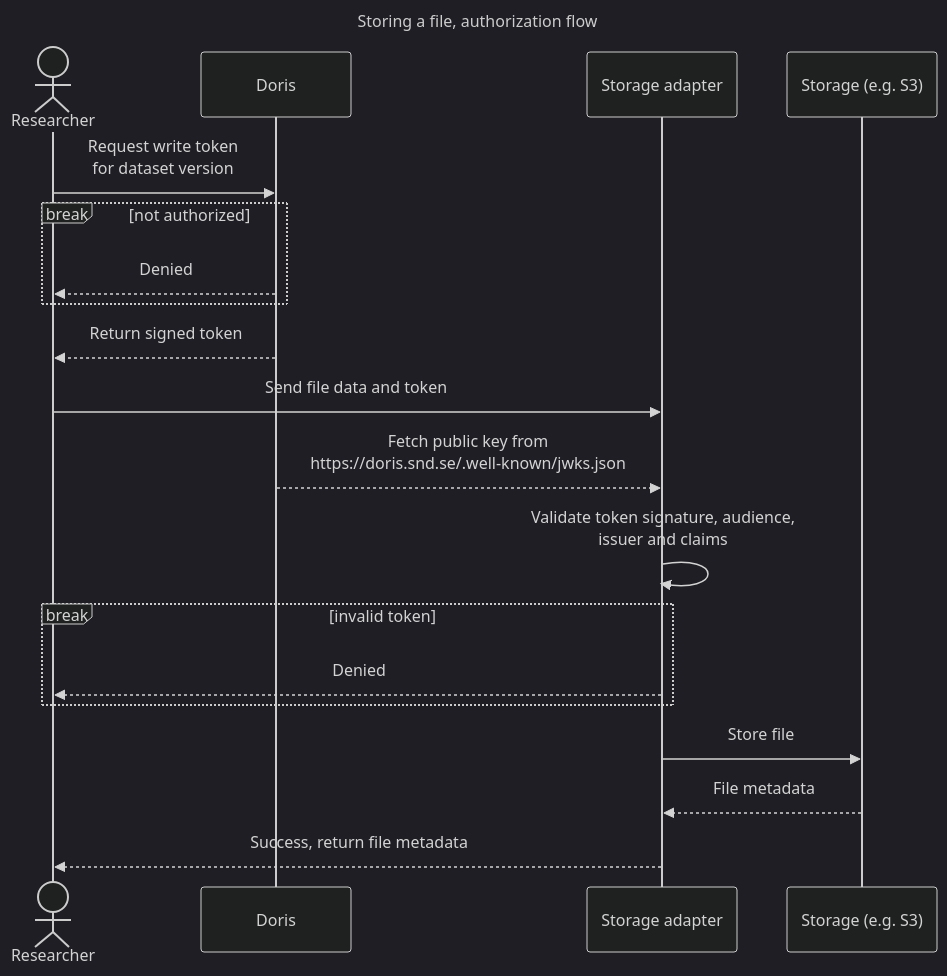
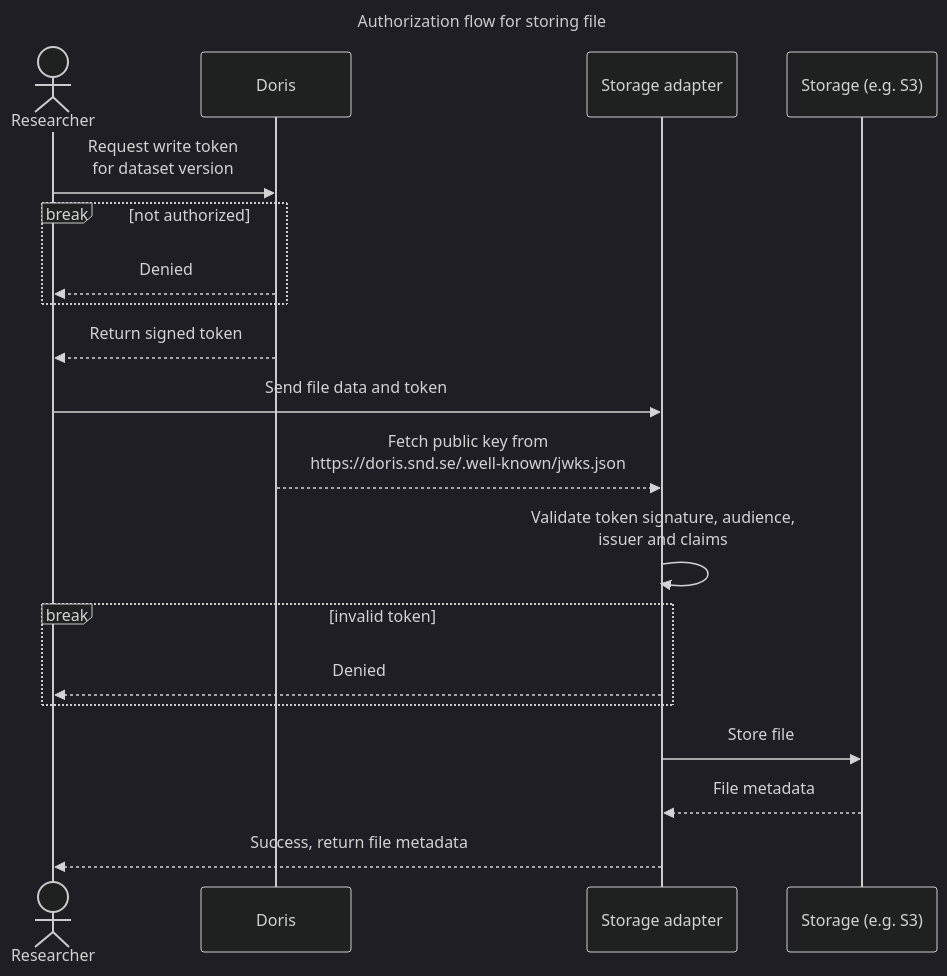
The third of 5 diagrams in README.md (stefanjakobsson/doris-storage-adapter-test), drawn with Mermaid (dark theme) before and after one commit. The commit also changed other lines of this file, not shown here.

Commit message:
Add high level diagrams to readme

````diff
--- a/README.md
+++ b/README.md
@@ -7,24 +45,24 @@
 ```mermaid
 ---
-title: Storing a file, authorization flow
+title: Authorization flow for storing file
 ---
 sequenceDiagram
     actor R as Researcher
     participant D as Doris
     participant SA as Storage adapter
     participant S as Storage (e.g. S3)
     R->>D: Request write token<br/>for dataset version
     break not authorized
         D-->>R: Denied
     end
     D-->>R: Return signed token
     R->>SA: Send file data and token
     D-->>SA: Fetch public key from<br/>https://doris.snd.se/.well-known/jwks.json
     SA->>SA: Validate token signature, audience,<br/>issuer and claims
     break invalid token
         SA-->>R: Denied
     end
     SA->>S: Store file
     S-->>SA: File metadata
     SA-->>R: Success, return file metadata
 ```
````
